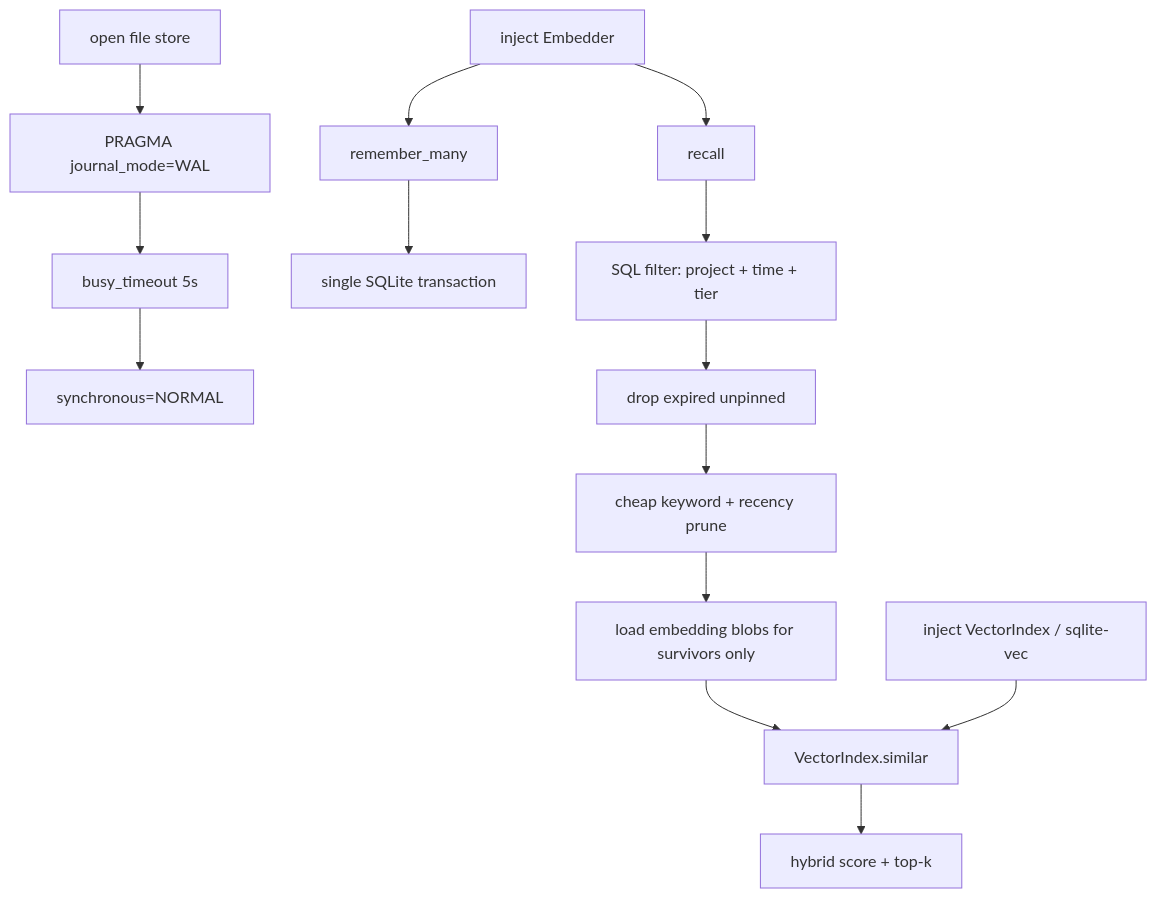
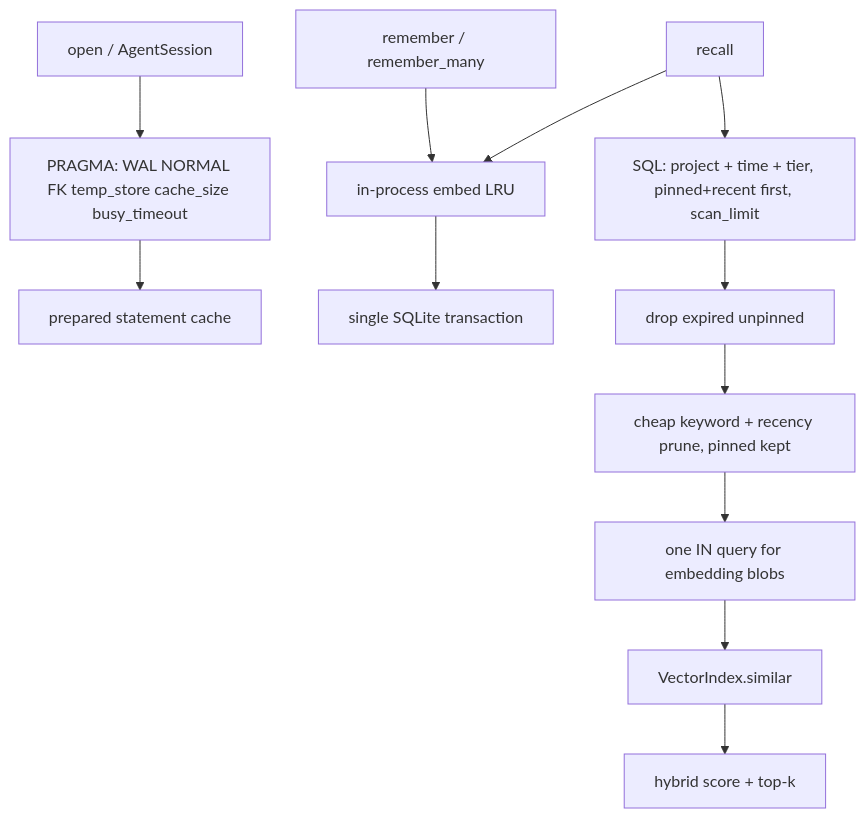
The fourth of 4 diagrams in docs/ARCHITECTURE.md (zzjzzb/ai-memory), drawn with Mermaid before and after one commit. The commit also changed other lines of this file and 13 other files, not shown here.

First line of the commit message:
Transparent performance defaults for open() and AgentSession

````diff
--- a/docs/ARCHITECTURE.md
+++ b/docs/ARCHITECTURE.md
@@ -96,16 +96,14 @@
 ```mermaid
 flowchart TB
-    Open[open file store] --> WAL[PRAGMA journal_mode=WAL]
-    WAL --> Busy[busy_timeout 5s]
-    Busy --> Sync[synchronous=NORMAL]
-    Remember[remember_many] --> Tx[single SQLite transaction]
-    Recall[recall] --> SQL[SQL filter: project + time + tier]
+    Open[open / AgentSession] --> P[PRAGMA: WAL NORMAL FK temp_store cache_size busy_timeout]
+    P --> Stmt[prepared statement cache]
+    Remember[remember / remember_many] --> LRU[in-process embed LRU]
+    Recall[recall] --> LRU
+    LRU --> Tx[single SQLite transaction]
+    Recall --> SQL[SQL: project + time + tier, pinned+recent first, scan_limit]
     SQL --> TTL[drop expired unpinned]
-    TTL --> Prune[cheap keyword + recency prune]
-    Prune --> Blobs[load embedding blobs for survivors only]
+    TTL --> Prune[cheap keyword + recency prune, pinned kept]
+    Prune --> Blobs[one IN query for embedding blobs]
     Blobs --> VI[VectorIndex.similar]
     VI --> Rank[hybrid score + top-k]
-    EmbInj[inject Embedder] --> Remember
-    EmbInj --> Recall
-    VecInj[inject VectorIndex / sqlite-vec] --> VI
 ```
````
